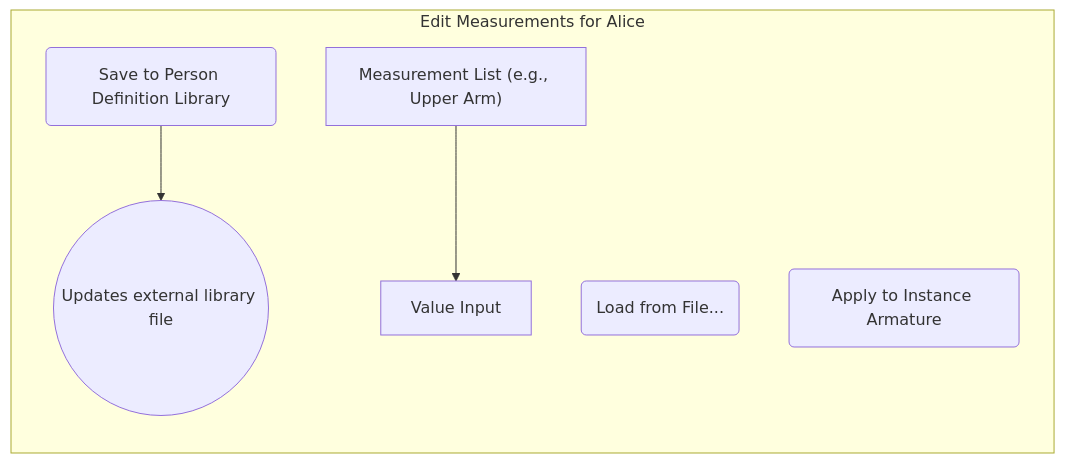
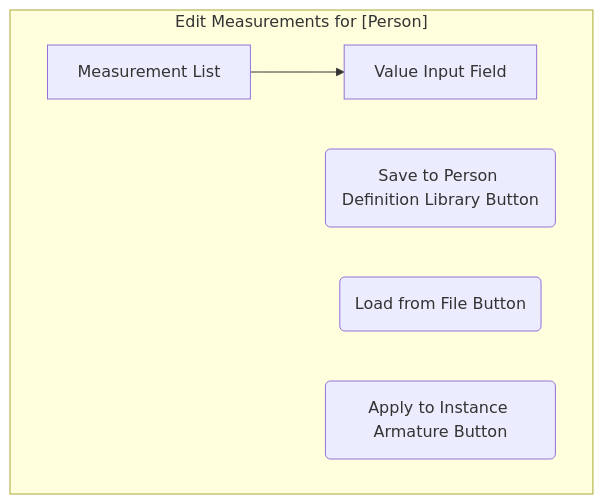
The sixth of 7 diagrams in design.md (hkaimio/PoseEdit), drawn with Mermaid before and after one commit. The commit also changed other lines of this file, not shown here.

Commit message:
design: Fix diagrams

````diff
--- a/design.md
+++ b/design.md
@@ -270,13 +267,11 @@
 ```mermaid
 graph TD
-    subgraph "Edit Measurements for Alice"
-        direction TB
-        A["Measurement List (e.g., Upper Arm)"]
-        B["Value Input"]
-        C(Save to Person Definition Library) --> D((Updates external library file));
-        E(Load from File...) 
-        F(Apply to Instance Armature)
-
+    subgraph "Edit Measurements for [Person]"
+        A["Measurement List"];
+        B["Value Input Field"];
+        C("Save to Person Definition Library Button");
+        D("Load from File Button");
+        E("Apply to Instance Armature Button");
         A --> B;
     end
 ```
````
